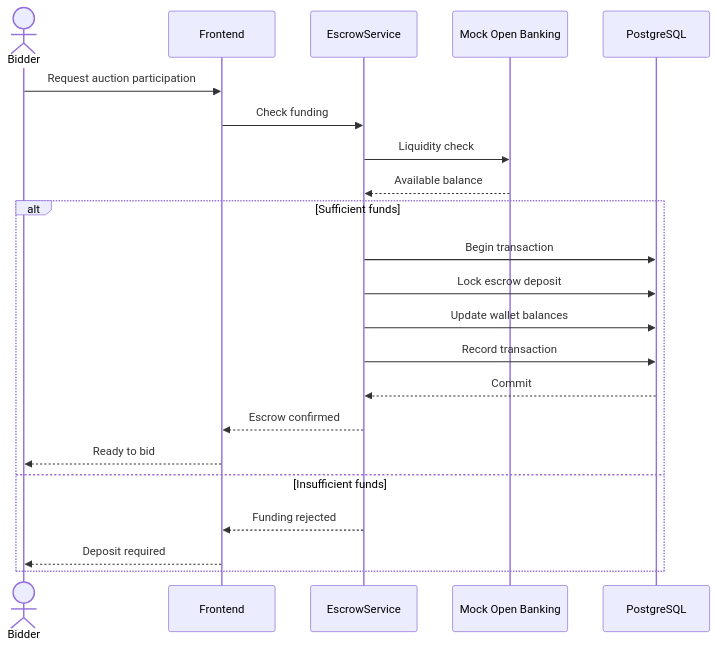
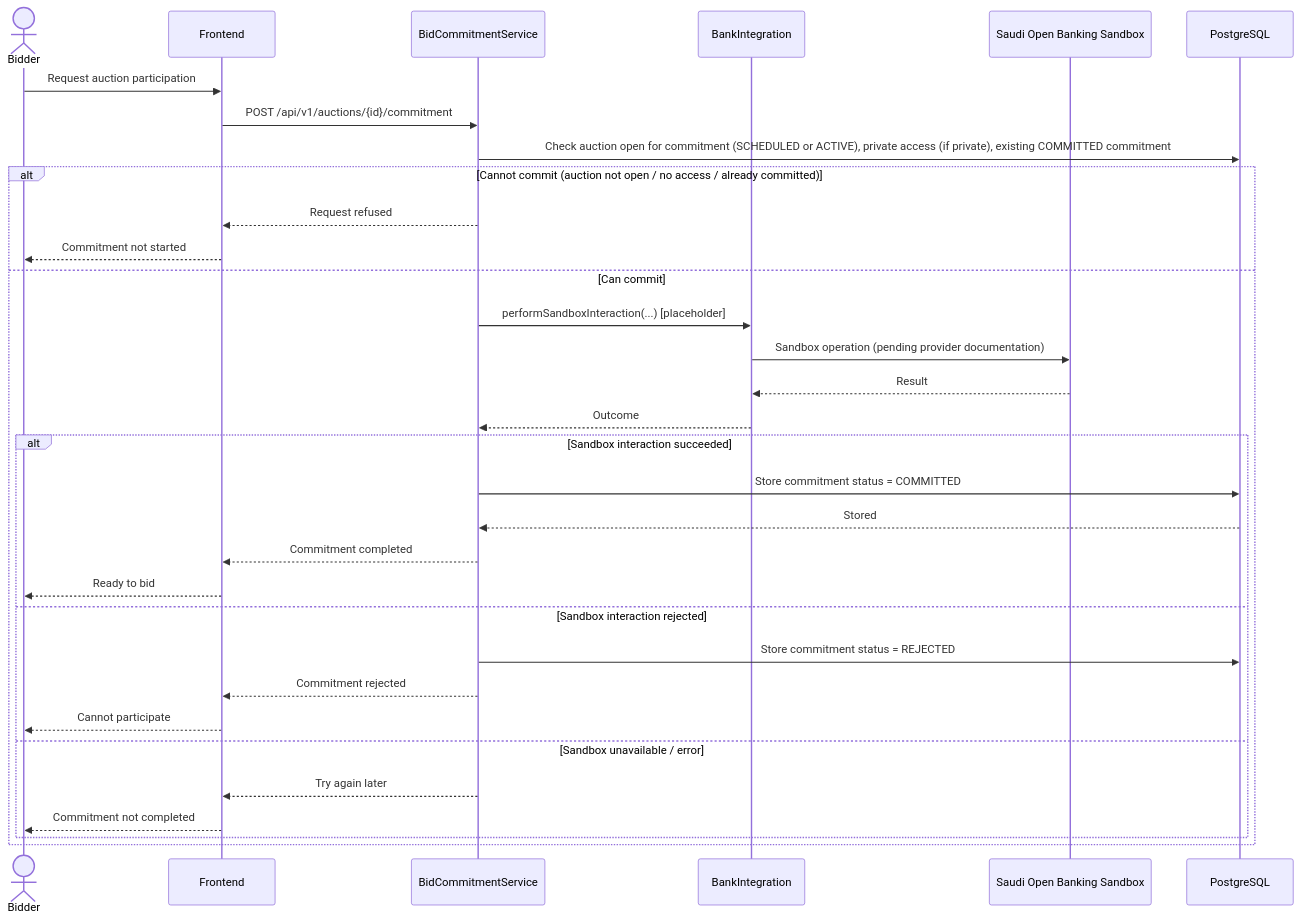
The ninth of 12 diagrams in Stage_3/Report.MD (ghadi0alzhrani0/Mezyad), drawn with Mermaid before and after one commit. The commit also changed other lines of this file, not shown here.

````diff
--- a/Stage_3/Report.MD
+++ b/Stage_3/Report.MD
@@ -605,24 +637,34 @@
 ```mermaid
 sequenceDiagram
     actor Bidder
     participant UI as Frontend
-    participant Escrow as EscrowService
-    participant Bank as Mock Open Banking
+    participant Commit as BidCommitmentService
+    participant BankInt as BankIntegration
+    participant Bank as Saudi Open Banking Sandbox
     participant DB as PostgreSQL
     Bidder->>UI: Request auction participation
-    UI->>Escrow: Check funding
-    Escrow->>Bank: Liquidity check
-    Bank-->>Escrow: Available balance
-    alt Sufficient funds
-        Escrow->>DB: Begin transaction
-        Escrow->>DB: Lock escrow deposit
-        Escrow->>DB: Update wallet balances
-        Escrow->>DB: Record transaction
-        DB-->>Escrow: Commit
-        Escrow-->>UI: Escrow confirmed
-        UI-->>Bidder: Ready to bid
-    else Insufficient funds
-        Escrow-->>UI: Funding rejected
-        UI-->>Bidder: Deposit required
+    UI->>Commit: POST /api/v1/auctions/{id}/commitment
+    Commit->>DB: Check auction open for commitment (SCHEDULED or ACTIVE), private access (if private), existing COMMITTED commitment
+    alt Cannot commit (auction not open / no access / already committed)
+        Commit-->>UI: Request refused
+        UI-->>Bidder: Commitment not started
+    else Can commit
+        Commit->>BankInt: performSandboxInteraction(...) [placeholder]
+        BankInt->>Bank: Sandbox operation (pending provider documentation)
+        Bank-->>BankInt: Result
+        BankInt-->>Commit: Outcome
+        alt Sandbox interaction succeeded
+            Commit->>DB: Store commitment status = COMMITTED
+            DB-->>Commit: Stored
+            Commit-->>UI: Commitment completed
+            UI-->>Bidder: Ready to bid
+        else Sandbox interaction rejected
+            Commit->>DB: Store commitment status = REJECTED
+            Commit-->>UI: Commitment rejected
+            UI-->>Bidder: Cannot participate
+        else Sandbox unavailable / error
+            Commit-->>UI: Try again later
+            UI-->>Bidder: Commitment not completed
+        end
     end
 ```
````
